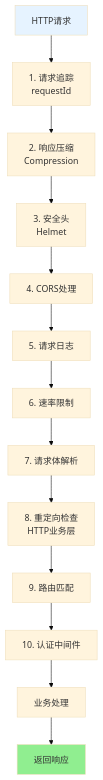
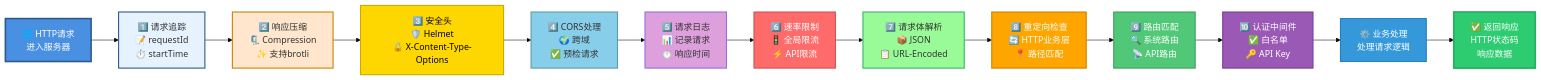
Before and after one commit to sunflowermm/XRK-AGT: the eighth of 12 diagrams in docs/bot.md, drawn with Mermaid (base theme). The commit also changed other lines of this file and 9 other files, not shown here.

````diff
--- a/docs/bot.md
+++ b/docs/bot.md
@@ -400,18 +431,29 @@
 ```mermaid
-flowchart TD
-    Request["HTTP请求"] --> Track["1. 请求追踪<br/>requestId"]
-    Track --> Compress["2. 响应压缩<br/>Compression"]
-    Compress --> Helmet["3. 安全头<br/>Helmet"]
-    Helmet --> CORS["4. CORS处理"]
-    CORS --> Log["5. 请求日志"]
-    Log --> RateLimit["6. 速率限制"]
-    RateLimit --> BodyParser["7. 请求体解析"]
-    BodyParser --> Redirect["8. 重定向检查<br/>HTTP业务层"]
-    Redirect --> Route["9. 路由匹配"]
-    Route --> Auth["10. 认证中间件"]
-    Auth --> Handler["业务处理"]
-    Handler --> Response["返回响应"]
+flowchart LR
+    Request["🌐 HTTP请求<br/>进入服务器"] --> Track["1️⃣ 请求追踪<br/>📝 requestId<br/>⏱️ startTime"]
+    Track --> Compress["2️⃣ 响应压缩<br/>🗜️ Compression<br/>✨ 支持brotli"]
+    Compress --> Helmet["3️⃣ 安全头<br/>🛡️ Helmet<br/>🔒 X-Content-Type-Options"]
+    Helmet --> CORS["4️⃣ CORS处理<br/>🌍 跨域<br/>✅ 预检请求"]
+    CORS --> Log["5️⃣ 请求日志<br/>📊 记录请求<br/>⏱️ 响应时间"]
+    Log --> RateLimit["6️⃣ 速率限制<br/>🚦 全局限流<br/>⚡ API限流"]
+    RateLimit --> BodyParser["7️⃣ 请求体解析<br/>📦 JSON<br/>📋 URL-Encoded"]
+    BodyParser --> Redirect["8️⃣ 重定向检查<br/>🔄 HTTP业务层<br/>📍 路径匹配"]
+    Redirect --> Route["9️⃣ 路由匹配<br/>🔍 系统路由<br/>📡 API路由"]
+    Route --> Auth["🔟 认证中间件<br/>✅ 白名单<br/>🔑 API Key"]
+    Auth --> Handler["⚙️ 业务处理<br/>处理请求逻辑"]
+    Handler --> Response["✅ 返回响应<br/>HTTP状态码<br/>响应数据"]
     
-    style Request fill:#E6F3FF
-    style Response fill:#90EE90
+    style Request fill:#4A90E2,stroke:#2E5C8A,stroke-width:3px,color:#fff
+    style Track fill:#E6F3FF,stroke:#2E5C8A,stroke-width:2px
+    style Compress fill:#FFE6CC,stroke:#CC8400,stroke-width:2px
+    style Helmet fill:#FFD700,stroke:#CCAA00,stroke-width:2px,color:#000
+    style CORS fill:#87CEEB,stroke:#5F9EA0,stroke-width:2px
+    style Log fill:#DDA0DD,stroke:#9370DB,stroke-width:2px
+    style RateLimit fill:#FF6B6B,stroke:#CC5555,stroke-width:2px,color:#fff
+    style BodyParser fill:#98FB98,stroke:#3CB371,stroke-width:2px
+    style Redirect fill:#FFA500,stroke:#CC8400,stroke-width:2px,color:#fff
+    style Route fill:#50C878,stroke:#3FA060,stroke-width:2px,color:#fff
+    style Auth fill:#9B59B6,stroke:#7D3C98,stroke-width:2px,color:#fff
+    style Handler fill:#3498DB,stroke:#2980B9,stroke-width:2px,color:#fff
+    style Response fill:#2ECC71,stroke:#27AE60,stroke-width:3px,color:#fff
 ```
````
